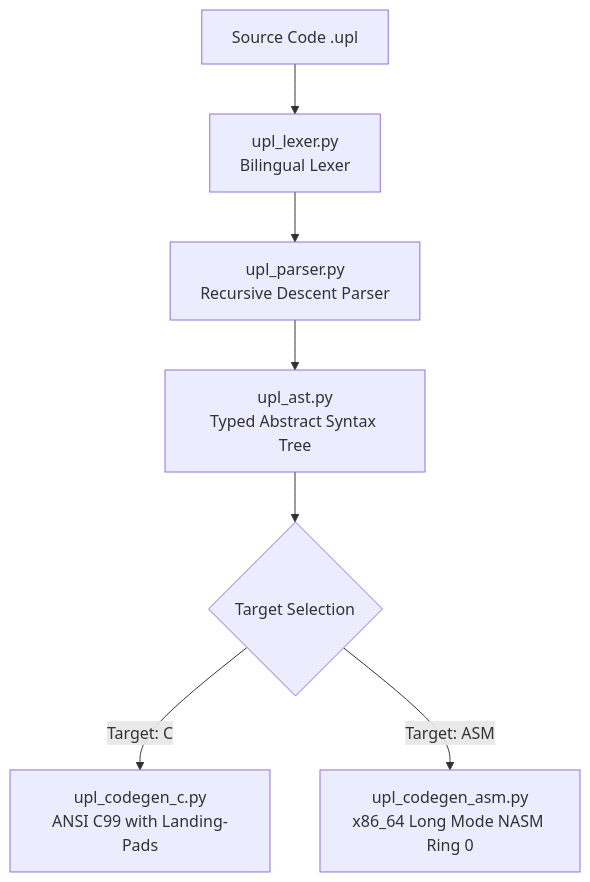
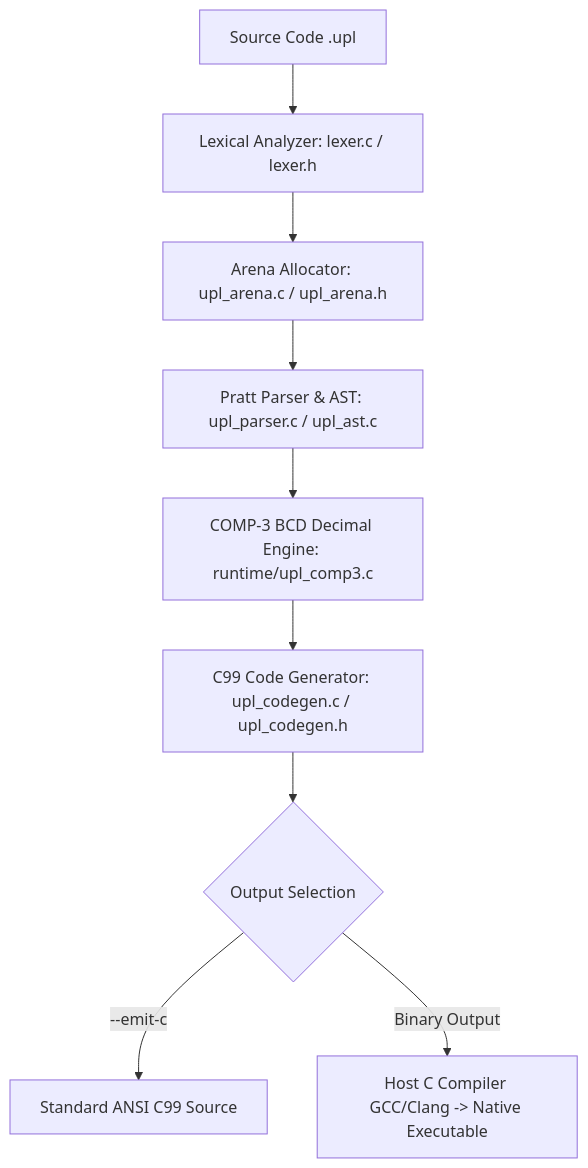
Before and after one commit to cyberenigma-lgtm/UNIVERSAL-POLYGLOT-LAYER-UPL: the diagram in wiki/en/COMPILER_ARCHITECTURE.md, drawn with Mermaid. The commit also changed other lines of this file and 71 other files, not shown here.

````diff
--- a/wiki/en/COMPILER_ARCHITECTURE.md
+++ b/wiki/en/COMPILER_ARCHITECTURE.md
@@ -10,9 +10,11 @@
 ```mermaid
 graph TD
-    A[Source Code .upl] --> B[upl_lexer.py\nBilingual Lexer]
-    B --> C[upl_parser.py\nRecursive Descent Parser]
-    C --> D[upl_ast.py\nTyped Abstract Syntax Tree]
-    D --> E{Target Selection}
-    E -->|Target: C| F[upl_codegen_c.py\nANSI C99 with Landing-Pads]
-    E -->|Target: ASM| G[upl_codegen_asm.py\nx86_64 Long Mode NASM Ring 0]
+    A[Source Code .upl] --> B[Lexical Analyzer: lexer.c / lexer.h]
+    B --> C[Arena Allocator: upl_arena.c / upl_arena.h]
+    C --> D[Pratt Parser & AST: upl_parser.c / upl_ast.c]
+    D --> E[COMP-3 BCD Decimal Engine: runtime/upl_comp3.c]
+    E --> F[C99 Code Generator: upl_codegen.c / upl_codegen.h]
+    F --> G{Output Selection}
+    G -->|--emit-c| H[Standard ANSI C99 Source]
+    G -->|Binary Output| I[Host C Compiler GCC/Clang -> Native Executable]
 ```
````
